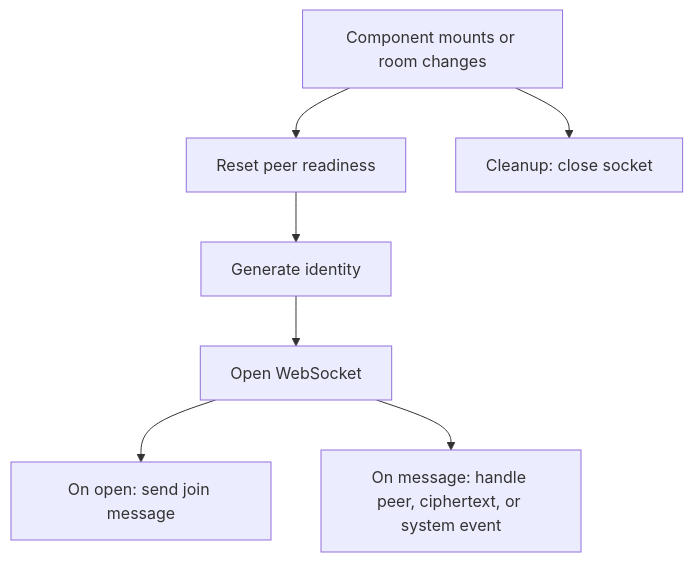
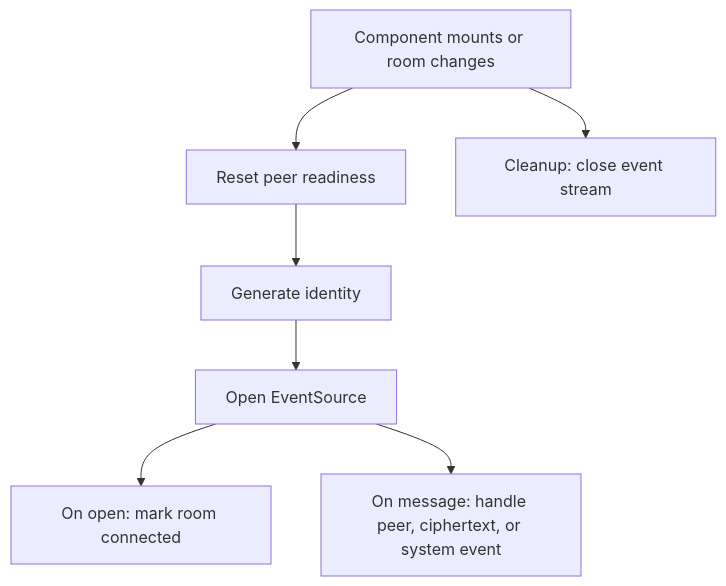
Before and after one commit to matthewlovestocode/e2echat: the first of 2 diagrams in docs/web-app.md, drawn with Mermaid. The commit also changed other lines of this file and 19 other files, not shown here.

````diff
--- a/docs/web-app.md
+++ b/docs/web-app.md
@@ -63,14 +64,14 @@
 ```mermaid
 flowchart TD
   mount["Component mounts or room changes"]
   reset["Reset peer readiness"]
   identity["Generate identity"]
-  socket["Open WebSocket"]
-  open["On open: send join message"]
+  events["Open EventSource"]
+  open["On open: mark room connected"]
   message["On message: handle peer, ciphertext, or system event"]
-  cleanup["Cleanup: close socket"]
+  cleanup["Cleanup: close event stream"]
 
-  mount --> reset --> identity --> socket --> open
-  socket --> message
+  mount --> reset --> identity --> events --> open
+  events --> message
   mount --> cleanup
 ```
````
